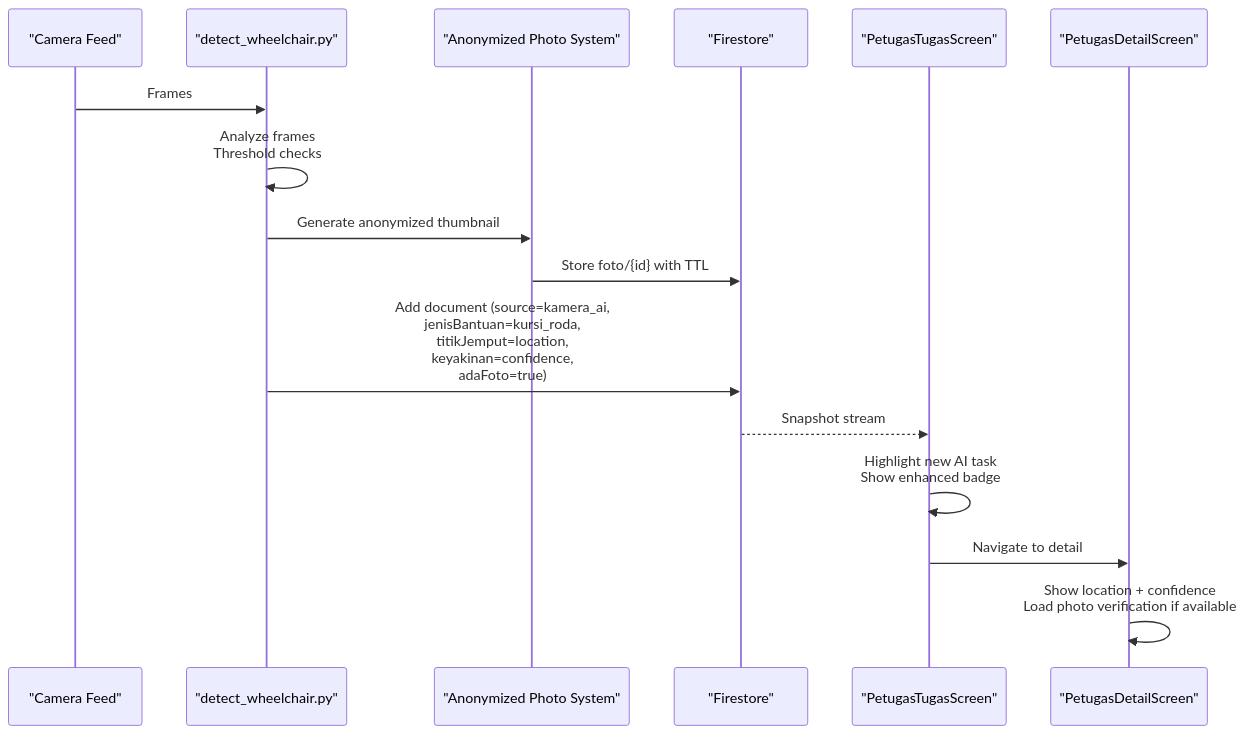
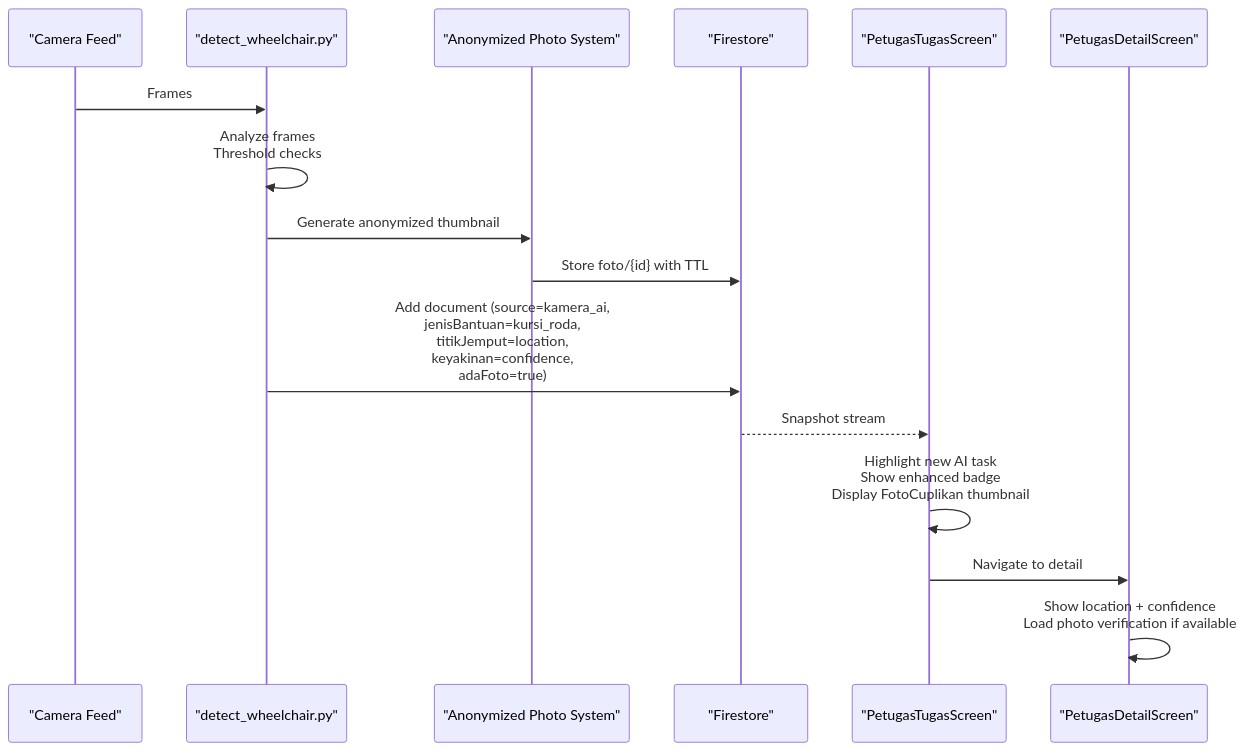
One commit to rdsarjito/whoosh-ramah changed the seventh of 11 diagrams in .qoder/repowiki/en/content/Mobile Application/Staff Workflow/Staff Workflow.md. Above: the diagram before and after it, drawn with Mermaid. The commit also changed other lines of this file and 18 other files, not shown here.

````diff
--- a/.qoder/repowiki/en/content/Mobile Application/Staff Workflow/Staff Workflow.md
+++ b/.qoder/repowiki/en/content/Mobile Application/Staff Workflow/Staff Workflow.md
@@ -466,18 +526,18 @@
 ```mermaid
 sequenceDiagram
 participant Camera as "Camera Feed"
 participant Detector as "detect_wheelchair.py"
 participant PhotoSys as "Anonymized Photo System"
 participant DB as "Firestore"
 participant ListUI as "PetugasTugasScreen"
 participant DetailUI as "PetugasDetailScreen"
 Camera->>Detector : Frames
 Detector->>Detector : Analyze frames<br/>Threshold checks
 Detector->>PhotoSys : Generate anonymized thumbnail
 PhotoSys->>DB : Store foto/{id} with TTL
 Detector->>DB : Add document (source=kamera_ai,<br/>jenisBantuan=kursi_roda,<br/>titikJemput=location,<br/>keyakinan=confidence,<br/>adaFoto=true)
 DB-->>ListUI : Snapshot stream
-ListUI->>ListUI : Highlight new AI task<br/>Show enhanced badge
+ListUI->>ListUI : Highlight new AI task<br/>Show enhanced badge<br/>Display FotoCuplikan thumbnail
 ListUI->>DetailUI : Navigate to detail
 DetailUI->>DetailUI : Show location + confidence<br/>Load photo verification if available
 ```
````
